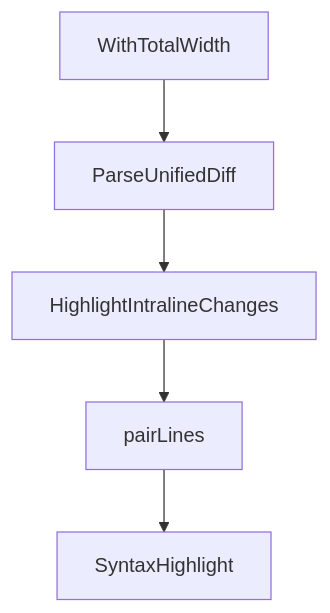
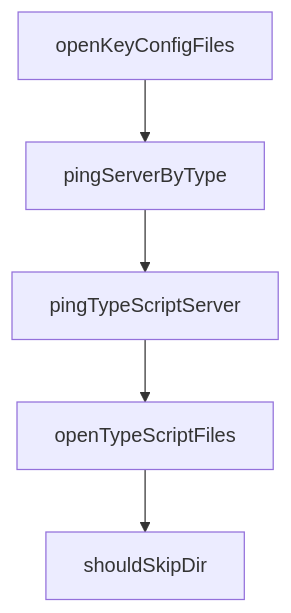
Before and after one commit to johnxie/awesome-code-docs: the diagram in tutorials/opencode-ai-legacy-tutorial/04-model-providers-and-runtime-operations.md, drawn with Mermaid. The commit also changed other lines of this file and 1232 other files, not shown here.

````diff
--- a/tutorials/opencode-ai-legacy-tutorial/04-model-providers-and-runtime-operations.md
+++ b/tutorials/opencode-ai-legacy-tutorial/04-model-providers-and-runtime-operations.md
@@ -211,12 +209,12 @@
 ```mermaid
 flowchart TD
-    A[WithTotalWidth]
-    B[ParseUnifiedDiff]
-    C[HighlightIntralineChanges]
-    D[pairLines]
-    E[SyntaxHighlight]
+    A[openKeyConfigFiles]
+    B[pingServerByType]
+    C[pingTypeScriptServer]
+    D[openTypeScriptFiles]
+    E[shouldSkipDir]
     A --> B
     B --> C
     C --> D
     D --> E
 ```
````
